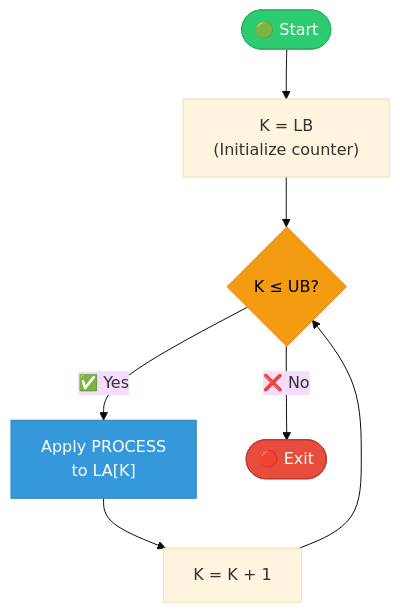
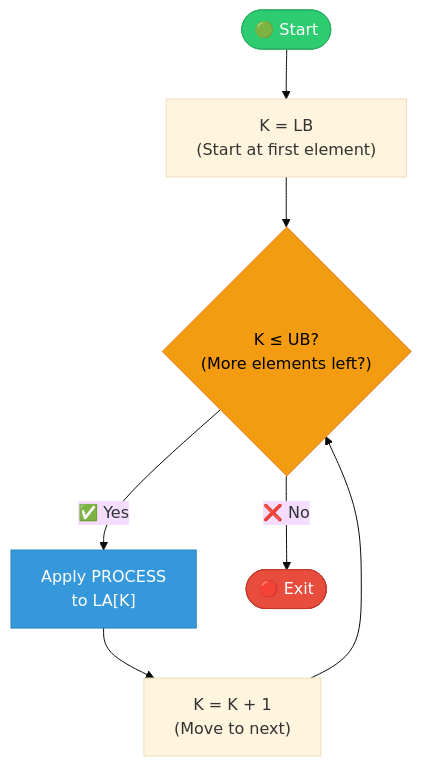
Diagram 11 of 39 in Chapter 4 - Arrays, Records and Pointers/README.md (M-F-Tushar/CSE-2101-Data-Structure), drawn with Mermaid (base theme) before and after one commit. The commit also changed other lines of this file, not shown here.

````diff
--- a/Chapter 4 - Arrays, Records and Pointers/README.md
+++ b/Chapter 4 - Arrays, Records and Pointers/README.md
@@ -282,14 +306,14 @@
 ```mermaid
 flowchart TD
-    START([🟢 Start]) --> INIT["K = LB<br/>(Initialize counter)"]
-    INIT --> CHECK{K ≤ UB?}
+    START([🟢 Start]) --> INIT["K = LB<br/>(Start at first element)"]
+    INIT --> CHECK{"K ≤ UB?<br/>(More elements left?)"}
     CHECK -->|✅ Yes| PROCESS["Apply PROCESS<br/>to LA[K]"]
-    PROCESS --> INCREMENT["K = K + 1"]
+    PROCESS --> INCREMENT["K = K + 1<br/>(Move to next)"]
     INCREMENT --> CHECK
     CHECK -->|❌ No| EXIT([🔴 Exit])
     
     style START fill:#2ecc71,stroke:#27ae60,color:#fff
     style EXIT fill:#e74c3c,stroke:#c0392b,color:#fff
     style PROCESS fill:#3498db,stroke:#2980b9,color:#fff
     style CHECK fill:#f39c12,stroke:#e67e22,color:#000
 ```
````
